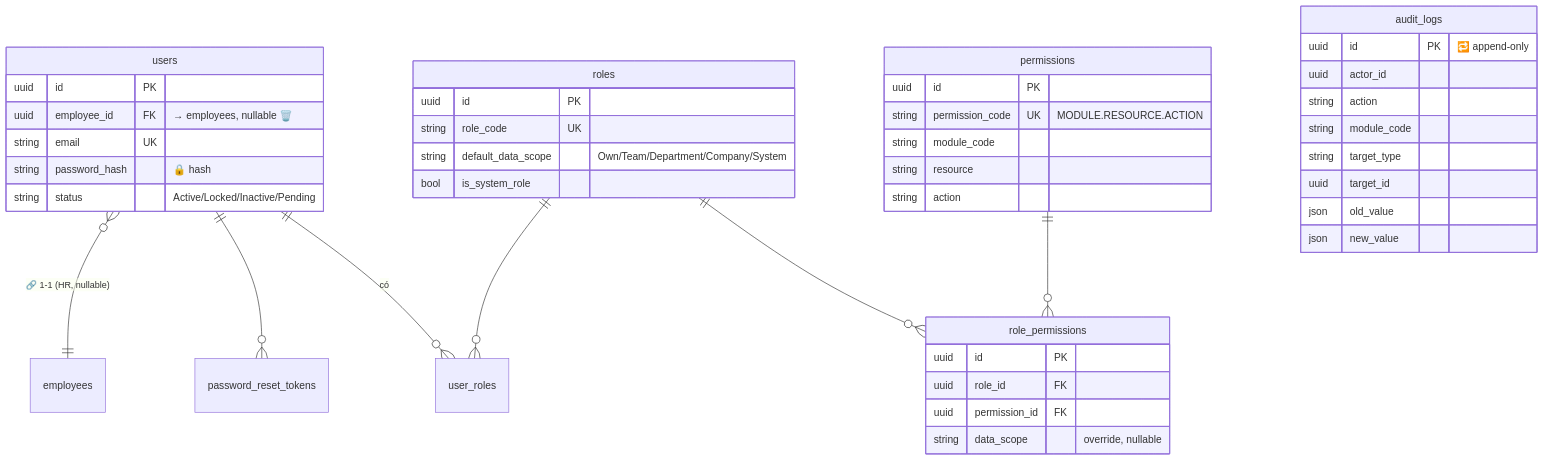
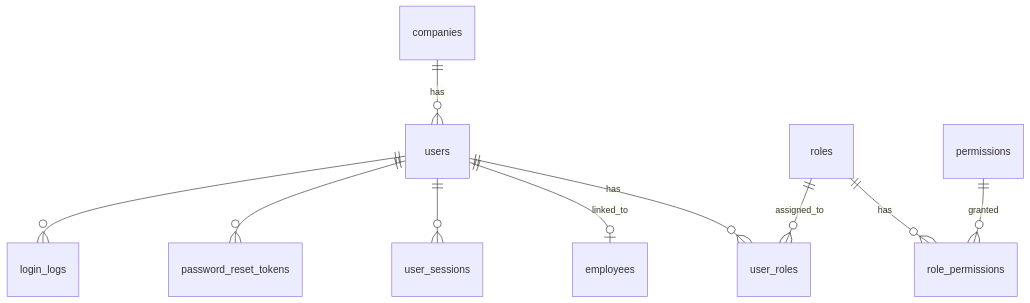
One commit to nguyencanhqk/mediaos changed the third of 8 diagrams in docs/erd-current.md. Above: the diagram before and after it, drawn with Mermaid. The commit also changed other lines of this file and 3 other files, not shown here.

First line of the commit message:
docs: reconcile ERD + contracts to docs/DB standard

````diff
--- a/docs/erd-current.md
+++ b/docs/erd-current.md
@@ -29,46 +101,12 @@
 ```mermaid
 erDiagram
-    users ||--o{ user_roles : "có"
-    roles ||--o{ user_roles : ""
-    roles ||--o{ role_permissions : ""
-    permissions ||--o{ role_permissions : ""
+    companies ||--o{ users : has
+    users ||--o| employees : linked_to
+    users ||--o{ user_roles : has
+    roles ||--o{ user_roles : assigned_to
+    roles ||--o{ role_permissions : has
+    permissions ||--o{ role_permissions : granted
+    users ||--o{ user_sessions : ""
     users ||--o{ password_reset_tokens : ""
-    users }o--|| employees : "🔗 1-1 (HR, nullable)"
-
-    users {
-        uuid id PK
-        uuid employee_id FK "→ employees, nullable 🗑️"
-        string email UK
-        string password_hash "🔒 hash"
-        string status "Active/Locked/Inactive/Pending"
-    }
-    roles {
-        uuid id PK
-        string role_code UK
-        string default_data_scope "Own/Team/Department/Company/System"
-        bool is_system_role
-    }
-    permissions {
-        uuid id PK
-        string permission_code UK "MODULE.RESOURCE.ACTION"
-        string module_code
-        string resource
-        string action
-    }
-    role_permissions {
-        uuid id PK
-        uuid role_id FK
-        uuid permission_id FK
-        string data_scope "override, nullable"
-    }
-    audit_logs {
-        uuid id PK "🔁 append-only"
-        uuid actor_id
-        string action
-        string module_code
-        string target_type
-        uuid target_id
-        json old_value
-        json new_value
-    }
+    users ||--o{ login_logs : ""
 ```
````
